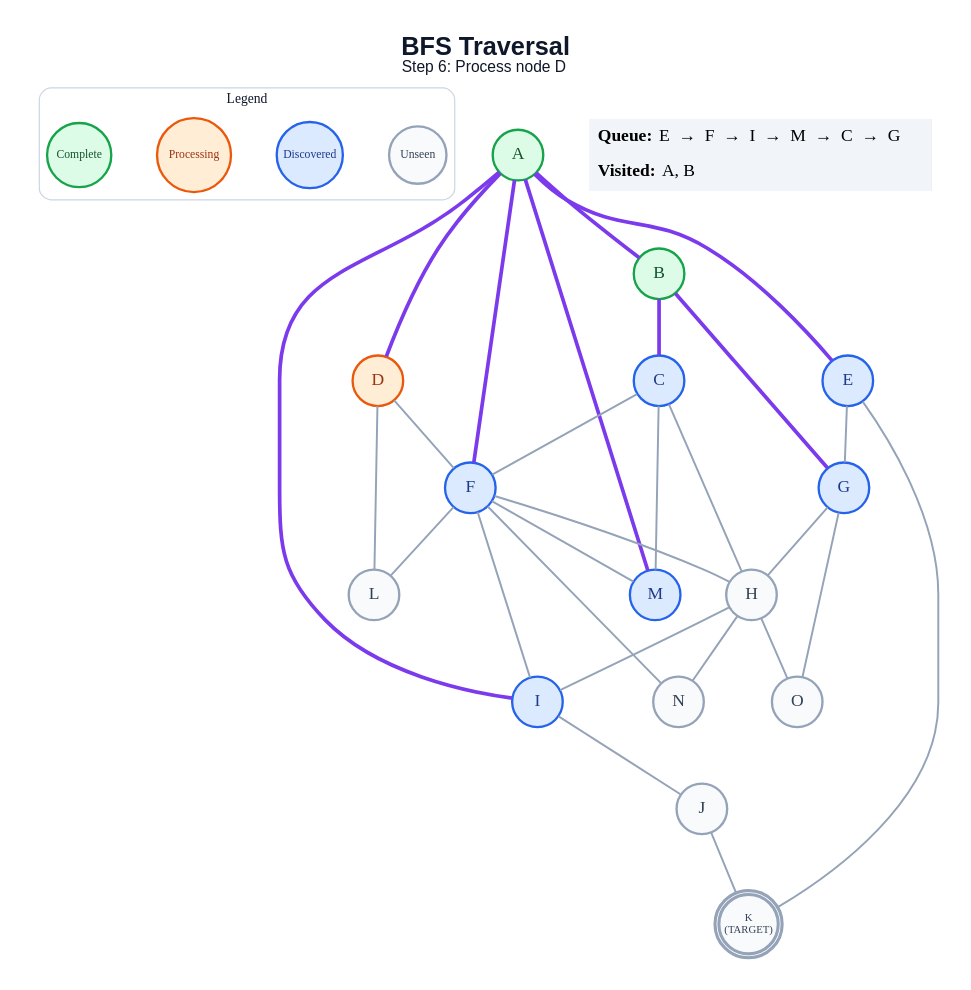
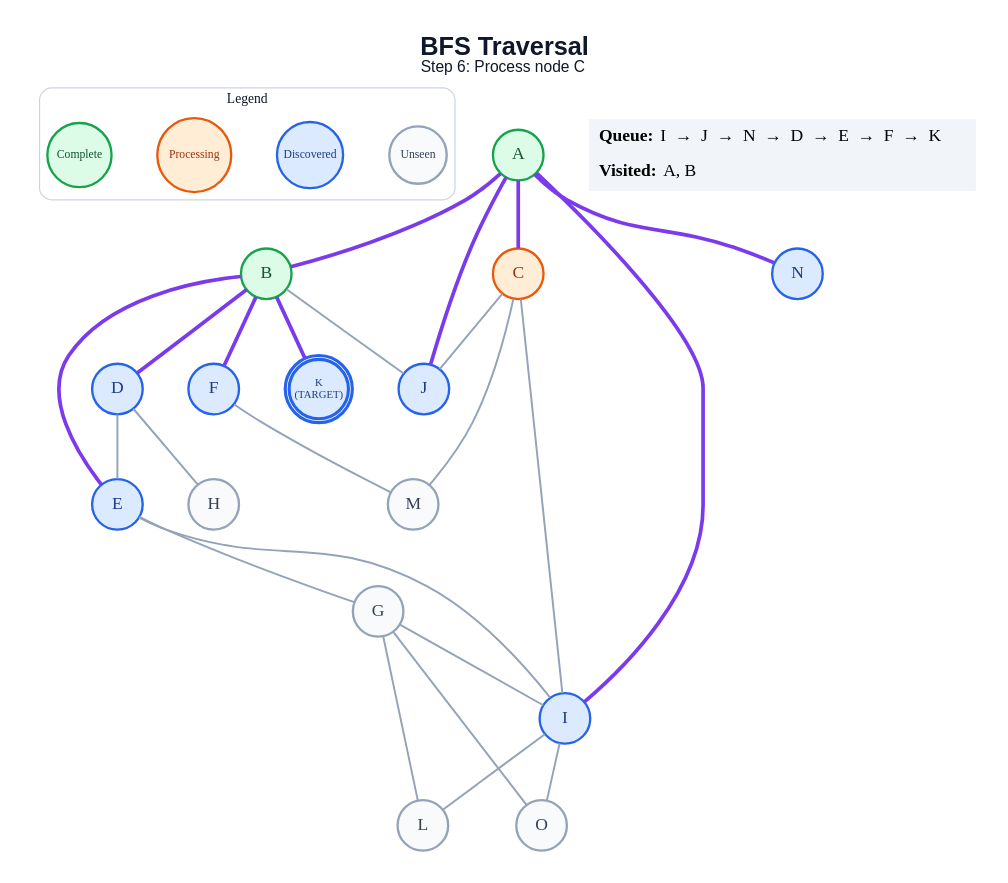
One commit to anon7238593-create/ai-slop changed the diagram in generated/specific-node/bfs/step_06.dot. Above: the diagram before and after it, drawn with Graphviz. The commit also changed 273 other files, not shown here.

```diff
--- a/generated/specific-node/bfs/step_06.dot
+++ b/generated/specific-node/bfs/step_06.dot
@@ -1,61 +1,57 @@
 graph traversal {
   graph [layout=dot, rankdir=TB, bgcolor="#FFFFFF", pad="0.35", nodesep="0.65", ranksep="0.8", fontname="Arial"];
   node [shape=circle, style="filled", fontname="Arial Bold", fontsize=18, width=0.72, fixedsize=true, penwidth=2.4];
   edge [color="#94A3B8", penwidth=2.0];
-  label=<<B>BFS Traversal</B><BR/><FONT POINT-SIZE="16">Step 6: Process node D</FONT>>; labelloc="t"; fontsize=26; fontname="Arial"; fontcolor="#0F172A";
+  label=<<B>BFS Traversal</B><BR/><FONT POINT-SIZE="16">Step 6: Process node C</FONT>>; labelloc="t"; fontsize=26; fontname="Arial"; fontcolor="#0F172A";
   subgraph cluster_legend { label="Legend"; color="#CBD5E1"; penwidth=1.2; style="rounded"; fontsize=14; fontname="Arial Bold";
     key_unseen [label="Unseen", fillcolor="#F8FAFC", color="#94A3B8", fontcolor="#334155", fontsize=12, width=0.82];
     key_frontier [label="Discovered", fillcolor="#DBEAFE", color="#2563EB", fontcolor="#1E3A8A", fontsize=12, width=0.95];
     key_current [label="Processing", fillcolor="#FFEDD5", color="#EA580C", fontcolor="#9A3412", fontsize=12, width=1.05];
     key_done [label="Complete", fillcolor="#DCFCE7", color="#16A34A", fontcolor="#14532D", fontsize=12, width=0.92];
     { rank=same; key_unseen; key_frontier; key_current; key_done; }
   }
   A [label="A", fillcolor="#DCFCE7", color="#16A34A", fontcolor="#14532D", peripheries=1, penwidth=2.4];
   B [label="B", fillcolor="#DCFCE7", color="#16A34A", fontcolor="#14532D", peripheries=1, penwidth=2.4];
-  C [label="C", fillcolor="#DBEAFE", color="#2563EB", fontcolor="#1E3A8A", peripheries=1, penwidth=2.4];
-  D [label="D", fillcolor="#FFEDD5", color="#EA580C", fontcolor="#9A3412", peripheries=1, penwidth=2.4];
+  C [label="C", fillcolor="#FFEDD5", color="#EA580C", fontcolor="#9A3412", peripheries=1, penwidth=2.4];
+  D [label="D", fillcolor="#DBEAFE", color="#2563EB", fontcolor="#1E3A8A", peripheries=1, penwidth=2.4];
   E [label="E", fillcolor="#DBEAFE", color="#2563EB", fontcolor="#1E3A8A", peripheries=1, penwidth=2.4];
   F [label="F", fillcolor="#DBEAFE", color="#2563EB", fontcolor="#1E3A8A", peripheries=1, penwidth=2.4];
-  G [label="G", fillcolor="#DBEAFE", color="#2563EB", fontcolor="#1E3A8A", peripheries=1, penwidth=2.4];
+  G [label="G", fillcolor="#F8FAFC", color="#94A3B8", fontcolor="#334155", peripheries=1, penwidth=2.4];
   H [label="H", fillcolor="#F8FAFC", color="#94A3B8", fontcolor="#334155", peripheries=1, penwidth=2.4];
   I [label="I", fillcolor="#DBEAFE", color="#2563EB", fontcolor="#1E3A8A", peripheries=1, penwidth=2.4];
-  J [label="J", fillcolor="#F8FAFC", color="#94A3B8", fontcolor="#334155", peripheries=1, penwidth=2.4];
-  K [label="K\n(TARGET)", fillcolor="#F8FAFC", color="#94A3B8", fontcolor="#334155", peripheries=2, penwidth=3.2, fontsize=11, width=0.85, height=0.85];
+  J [label="J", fillcolor="#DBEAFE", color="#2563EB", fontcolor="#1E3A8A", peripheries=1, penwidth=2.4];
+  K [label="K\n(TARGET)", fillcolor="#DBEAFE", color="#2563EB", fontcolor="#1E3A8A", peripheries=2, penwidth=3.2, fontsize=11, width=0.85, height=0.85];
   L [label="L", fillcolor="#F8FAFC", color="#94A3B8", fontcolor="#334155", peripheries=1, penwidth=2.4];
-  M [label="M", fillcolor="#DBEAFE", color="#2563EB", fontcolor="#1E3A8A", peripheries=1, penwidth=2.4];
-  N [label="N", fillcolor="#F8FAFC", color="#94A3B8", fontcolor="#334155", peripheries=1, penwidth=2.4];
+  M [label="M", fillcolor="#F8FAFC", color="#94A3B8", fontcolor="#334155", peripheries=1, penwidth=2.4];
+  N [label="N", fillcolor="#DBEAFE", color="#2563EB", fontcolor="#1E3A8A", peripheries=1, penwidth=2.4];
   O [label="O", fillcolor="#F8FAFC", color="#94A3B8", fontcolor="#334155", peripheries=1, penwidth=2.4];
   A -- B [color="#7C3AED", penwidth=3.8];
-  A -- D [color="#7C3AED", penwidth=3.8];
-  A -- E [color="#7C3AED", penwidth=3.8];
-  A -- F [color="#7C3AED", penwidth=3.8];
+  A -- C [color="#7C3AED", penwidth=3.8];
   A -- I [color="#7C3AED", penwidth=3.8];
-  A -- M [color="#7C3AED", penwidth=3.8];
-  B -- C [color="#7C3AED", penwidth=3.8];
-  B -- G [color="#7C3AED", penwidth=3.8];
-  C -- F;
-  C -- H;
+  A -- J [color="#7C3AED", penwidth=3.8];
+  A -- N [color="#7C3AED", penwidth=3.8];
+  B -- D [color="#7C3AED", penwidth=3.8];
+  B -- E [color="#7C3AED", penwidth=3.8];
+  B -- F [color="#7C3AED", penwidth=3.8];
+  B -- J;
+  B -- K [color="#7C3AED", penwidth=3.8];
+  C -- I;
+  C -- J;
   C -- M;
-  D -- F;
-  D -- L;
+  D -- E;
+  D -- H;
   E -- G;
-  E -- K;
-  F -- H;
-  F -- I;
-  F -- L;
+  E -- I;
   F -- M;
-  F -- N;
-  G -- H;
+  G -- I;
+  G -- L;
   G -- O;
-  H -- I;
-  H -- N;
-  H -- O;
-  I -- J;
-  J -- K;
+  I -- L;
+  I -- O;
   status [shape=plain, fixedsize=false, width=0, height=0, margin=0, label=<
     <TABLE BORDER="0" CELLBORDER="0" CELLPADDING="7" BGCOLOR="#F1F5F9">
-      <TR><TD ALIGN="LEFT"><B>Queue:</B> E  →  F  →  I  →  M  →  C  →  G</TD></TR>
+      <TR><TD ALIGN="LEFT"><B>Queue:</B> I  →  J  →  N  →  D  →  E  →  F  →  K</TD></TR>
       <TR><TD ALIGN="LEFT"><B>Visited:</B> A, B</TD></TR>
     </TABLE>
   >];
 }
```
